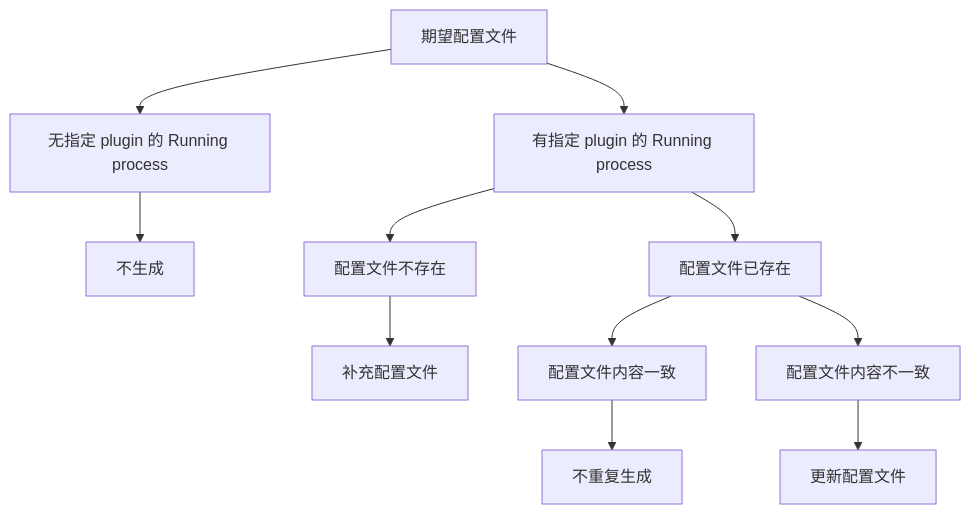
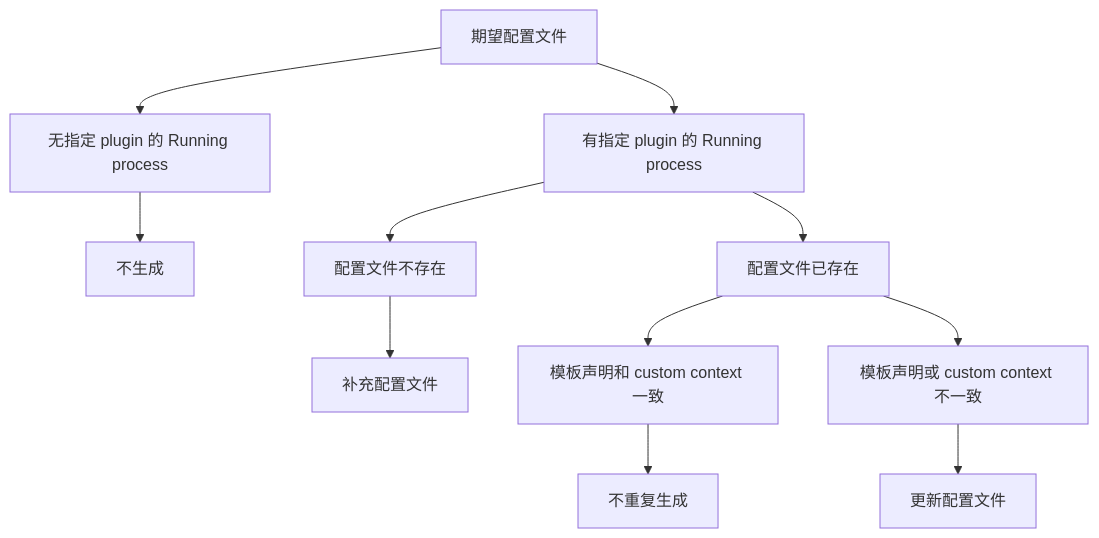
Before and after one commit to TencentBlueKing/bk-nodemgr: the second of 2 diagrams in docs/concepts/deploy_policy/spec_specify_plugin_sub_config_template.md, drawn with Mermaid. The commit also changed other lines of this file and 1 other file, not shown here.

````diff
--- a/docs/concepts/deploy_policy/spec_specify_plugin_sub_config_template.md
+++ b/docs/concepts/deploy_policy/spec_specify_plugin_sub_config_template.md
@@ -45,15 +45,15 @@
 ```mermaid
 graph TD
     Root["期望配置文件"]
     Root --> DesiredNoRunning["无指定 plugin 的 Running process"]
     Root --> DesiredRunning["有指定 plugin 的 Running process"]
 
     DesiredNoRunning --> Skip["不生成"]
     DesiredRunning --> Missing["配置文件不存在"]
     DesiredRunning --> Exists["配置文件已存在"]
     Missing --> Apply["补充配置文件"]
-    Exists --> Same["配置文件内容一致"]
-    Exists --> Changed["配置文件内容不一致"]
+    Exists --> Same["模板声明和 custom context 一致"]
+    Exists --> Changed["模板声明或 custom context 不一致"]
     Same --> SkipExisting["不重复生成"]
     Changed --> Update["更新配置文件"]
 ```
````
